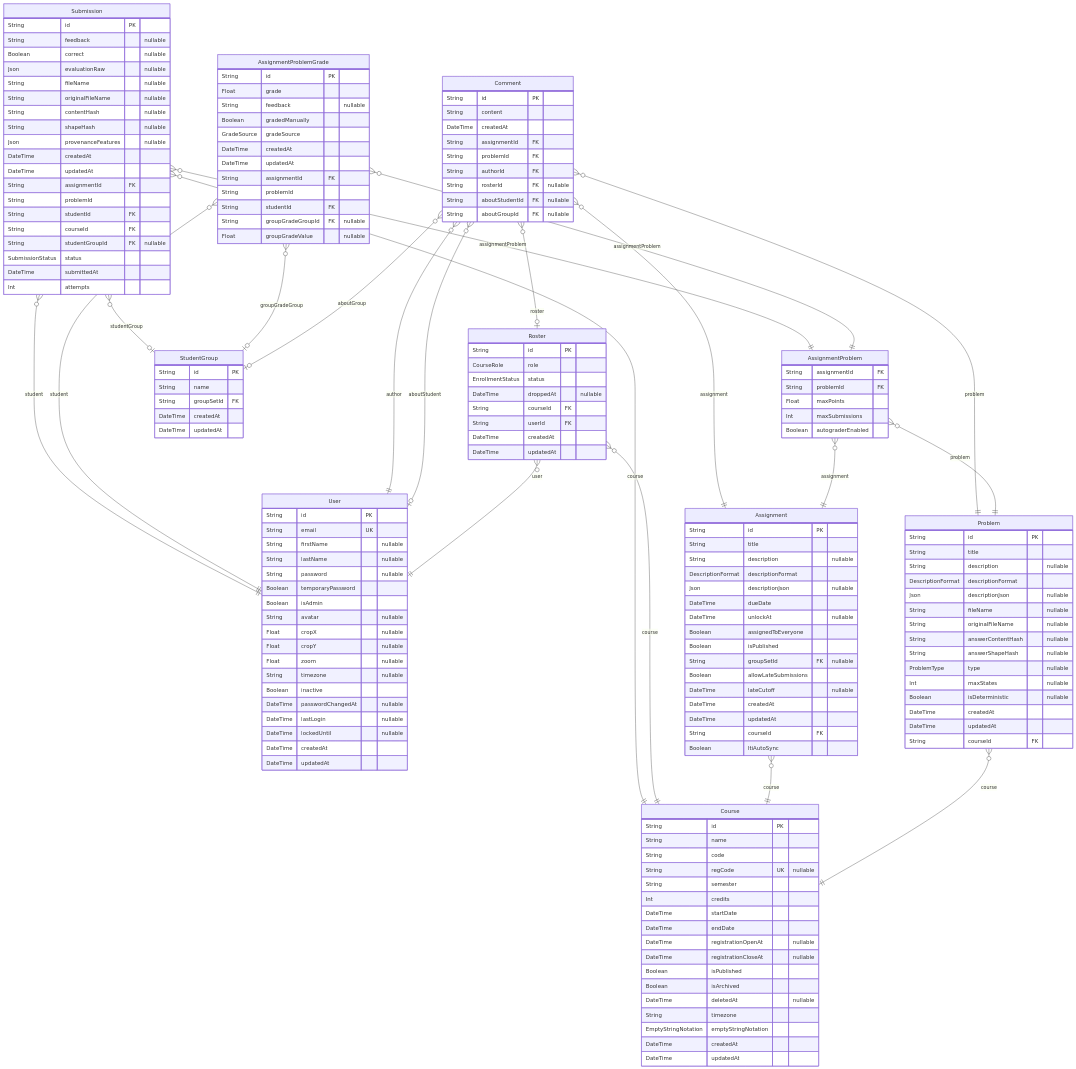
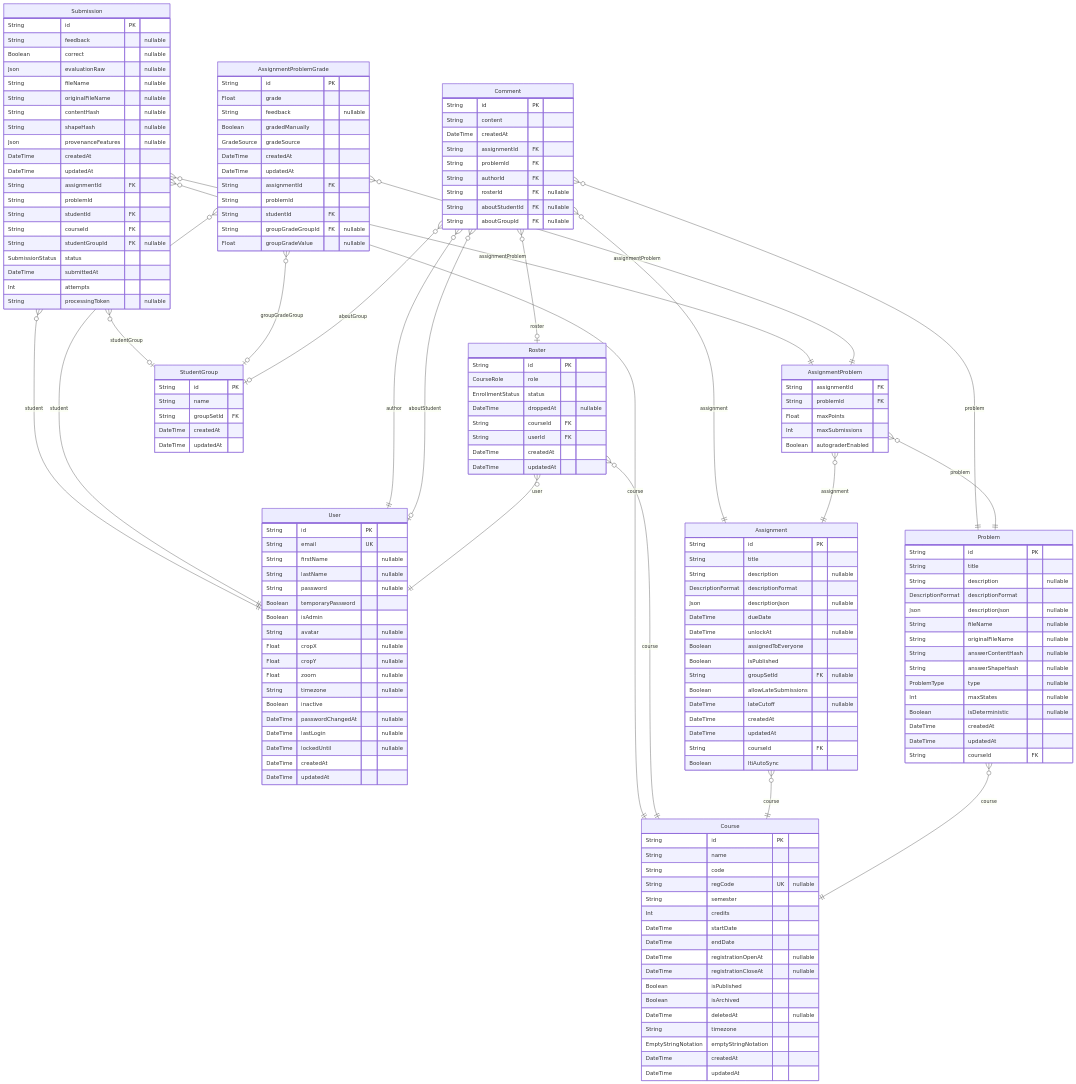
The fourth of 6 diagrams in docs-site/docs/reference/database-schema.md (PennStateCS/AFCT), drawn with Mermaid before and after one commit. The commit also changed other lines of this file and 8 other files, not shown here.

```diff
--- a/docs-site/docs/reference/database-schema.md
+++ b/docs-site/docs/reference/database-schema.md
@@ -1129,6 +1129,7 @@
   SubmissionStatus status
   DateTime submittedAt
   Int attempts
+  String processingToken "nullable"
 }
 "AssignmentProblemGrade" {
   String id PK
```
